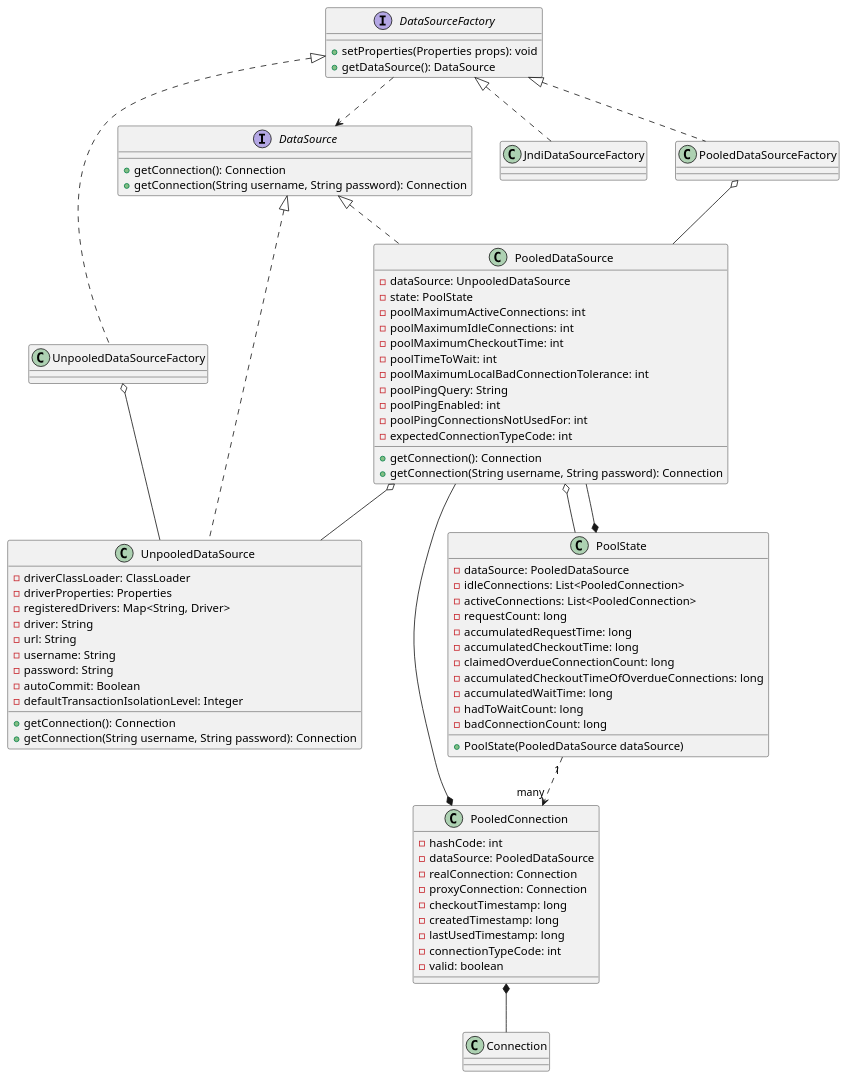
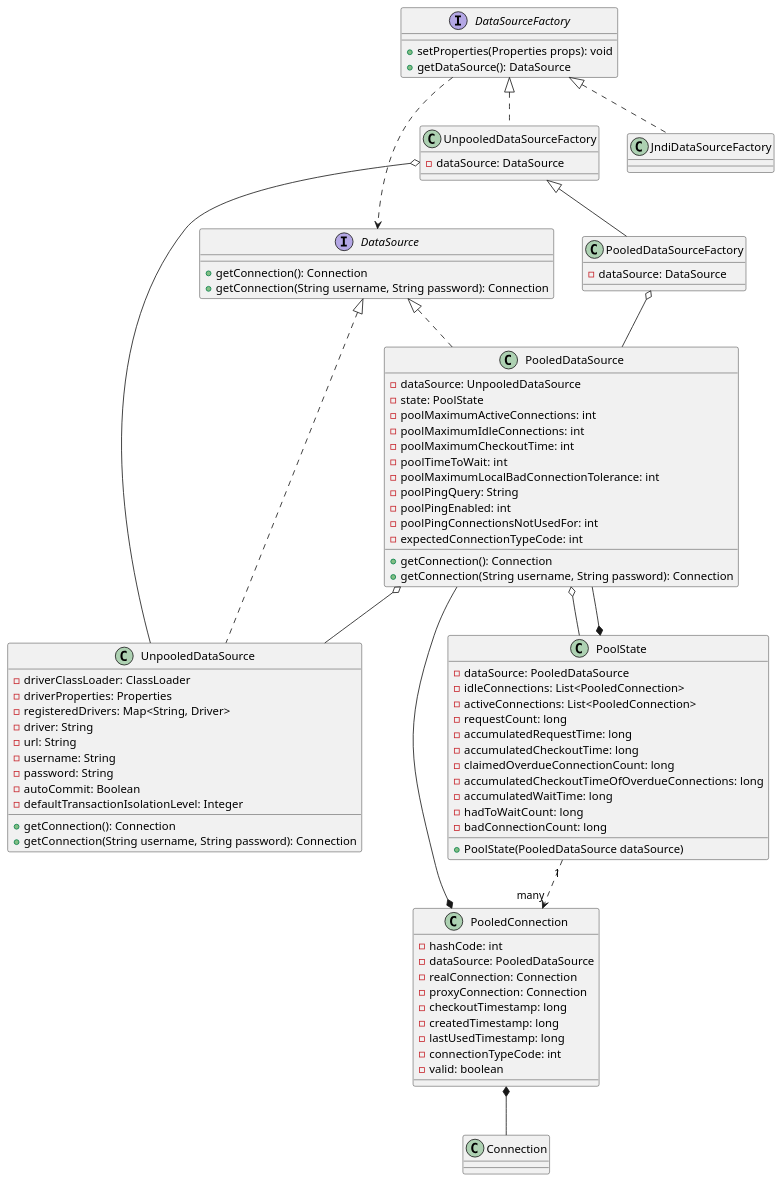
One commit to luobosi-marvel/plant-uml-marvel changed the diagram in MyBatis/类图/DataSource数据源模块.puml. Above: the diagram before and after it, drawn with PlantUML.

Commit message:
数据源类图完善

```diff
--- a/MyBatis/类图/DataSource数据源模块.puml
+++ b/MyBatis/类图/DataSource数据源模块.puml
@@ -1,107 +1,108 @@
 @startuml
 
 
 interface DataSourceFactory {
     + setProperties(Properties props): void
     + getDataSource(): DataSource
 }
 
 class UnpooledDataSourceFactory {
+    - dataSource: DataSource
 }
 
 class PooledDataSourceFactory {
-
+    - dataSource: DataSource
 }
 
 class JndiDataSourceFactory {
 
 }
 
 DataSourceFactory <|.. UnpooledDataSourceFactory
-DataSourceFactory <|.. PooledDataSourceFactory
+UnpooledDataSourceFactory <|-- PooledDataSourceFactory
 DataSourceFactory <|.. JndiDataSourceFactory
 
 PooledDataSourceFactory o-- PooledDataSource
 UnpooledDataSourceFactory o-- UnpooledDataSource
 
 interface DataSource {
     + getConnection(): Connection
     + getConnection(String username, String password): Connection
 }
 
 class UnpooledDataSource {
     - driverClassLoader: ClassLoader
     - driverProperties: Properties
     - registeredDrivers: Map<String, Driver>
     - driver: String
     - url: String
     - username: String
     - password: String
     - autoCommit: Boolean
     - defaultTransactionIsolationLevel: Integer
 
     + getConnection(): Connection
     + getConnection(String username, String password): Connection
 }
 
 class PooledDataSource {
     - dataSource: UnpooledDataSource
     - state: PoolState
     - poolMaximumActiveConnections: int
     - poolMaximumIdleConnections: int
     - poolMaximumCheckoutTime: int
     - poolTimeToWait: int
     - poolMaximumLocalBadConnectionTolerance: int
     - poolPingQuery: String
     - poolPingEnabled: int
     - poolPingConnectionsNotUsedFor: int
     - expectedConnectionTypeCode: int
 
     + getConnection(): Connection
     + getConnection(String username, String password): Connection
 }
 
 class PoolState {
     - dataSource: PooledDataSource
     - idleConnections: List<PooledConnection>
     - activeConnections: List<PooledConnection>
     - requestCount: long
     - accumulatedRequestTime: long
     - accumulatedCheckoutTime: long
     - claimedOverdueConnectionCount: long
     - accumulatedCheckoutTimeOfOverdueConnections: long
     - accumulatedWaitTime: long
     - hadToWaitCount: long
     - badConnectionCount: long
 
     + PoolState(PooledDataSource dataSource)
 }
 
 class PooledConnection {
     - hashCode: int
     - dataSource: PooledDataSource
     - realConnection: Connection
     - proxyConnection: Connection
     - checkoutTimestamp: long
     - createdTimestamp: long
     - lastUsedTimestamp: long
     - connectionTypeCode: int
     - valid: boolean
 }
 
 
 DataSource <|.. UnpooledDataSource
 DataSource <|.. PooledDataSource
 
 PooledDataSource o-- UnpooledDataSource
 PooledDataSource o-- PoolState
 PoolState *-- PooledDataSource
 
 DataSourceFactory ..> DataSource
 
 PoolState "1" ..> "many" PooledConnection
 
 PooledConnection *-- PooledDataSource
 PooledConnection *-- Connection
 
 @enduml
```
